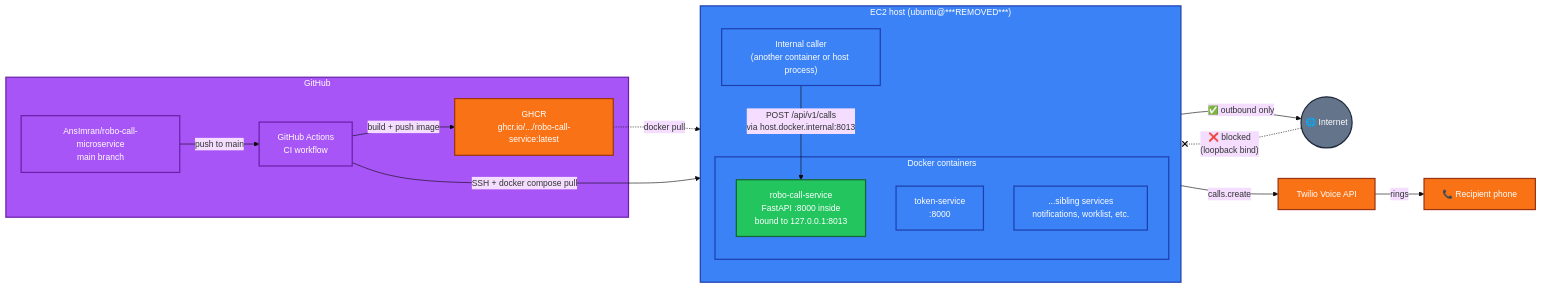
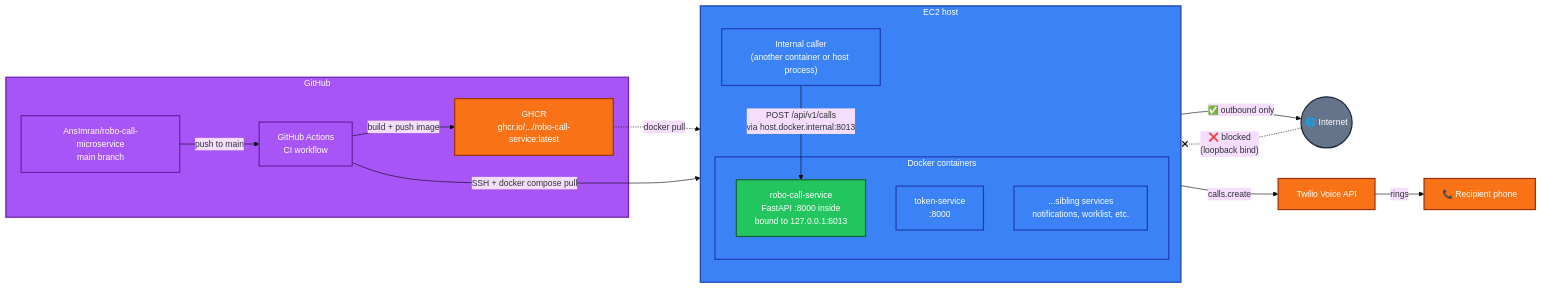
Before and after one commit to AnsImran/robo-call-microservice: the first of 5 diagrams in README.md, drawn with Mermaid. The commit also changed 1 other file, not shown here.

Commit message:
Remove EC2 public IP from architecture diagram

````diff
--- a/README.md
+++ b/README.md
@@ -26,47 +26,47 @@
 ```mermaid
 %%{init: {'theme':'base','themeVariables':{'fontFamily':'Inter, system-ui, sans-serif','fontSize':'14px'}}}%%
 flowchart LR
     subgraph GH["GitHub"]
         Repo["AnsImran/robo-call-microservice<br/>main branch"]
         Actions["GitHub Actions<br/>CI workflow"]
         GHCR["GHCR<br/>ghcr.io/.../robo-call-service:latest"]
     end
 
-    subgraph EC2["EC2 host (ubuntu@***REMOVED***)"]
+    subgraph EC2["EC2 host"]
         direction TB
         subgraph Containers["Docker containers"]
             Robo["robo-call-service<br/>FastAPI :8000 inside<br/>bound to 127.0.0.1:8013"]
             Token["token-service<br/>:8000"]
             Others["...sibling services<br/>notifications, worklist, etc."]
         end
         Caller["Internal caller<br/>(another container or host process)"]
     end
 
     Internet(("🌐 Internet"))
     Twilio["Twilio Voice API"]
     Phone["📞 Recipient phone"]
 
     Repo -->|push to main| Actions
     Actions -->|build + push image| GHCR
     Actions -->|SSH + docker compose pull| EC2
     GHCR -.->|docker pull| Robo
 
     Caller -->|POST /api/v1/calls<br/>via host.docker.internal:8013| Robo
     Robo -->|calls.create| Twilio
     Twilio -->|rings| Phone
 
     Internet -. "❌ blocked<br/>(loopback bind)" .-x Robo
     Robo -->|✅ outbound only| Internet
 
     classDef ours fill:#22c55e,stroke:#166534,stroke-width:2px,color:#fff
     classDef infra fill:#3b82f6,stroke:#1e40af,stroke-width:2px,color:#fff
     classDef external fill:#f97316,stroke:#9a3412,stroke-width:2px,color:#fff
     classDef ci fill:#a855f7,stroke:#6b21a8,stroke-width:2px,color:#fff
     classDef net fill:#64748b,stroke:#1e293b,stroke-width:2px,color:#fff
 
     class Robo ours
     class Token,Others,Caller,EC2,Containers infra
     class Twilio,Phone,GHCR external
     class Repo,Actions,GH ci
     class Internet net
 ```
````
